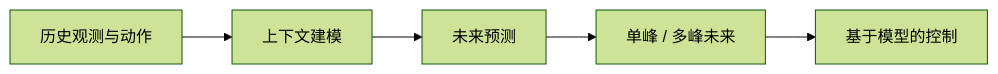
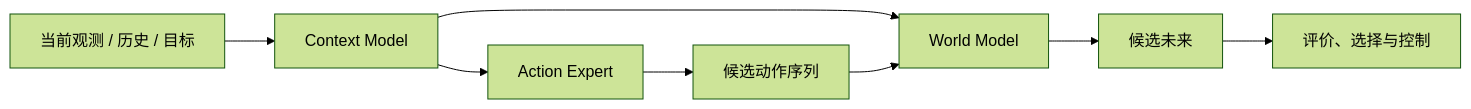
The diagram in docs/intermediate/index.md (qi-robotics/robot-world-model-tutorial), drawn with Mermaid (forest theme) before and after one commit. The commit also changed other lines of this file and 61 other files, not shown here.

````diff
--- a/docs/intermediate/index.md
+++ b/docs/intermediate/index.md
@@ -17,7 +18,10 @@
 ```mermaid
 flowchart LR
-    H["历史观测与动作"] --> C["上下文建模"]
-    C --> P["未来预测"]
-    P --> U["单峰 / 多峰未来"]
-    U --> Ctrl["基于模型的控制"]
+    H["当前观测 / 历史 / 目标"] --> C["Context Model"]
+    C --> A["Action Expert"]
+    A --> P["候选动作序列"]
+    C --> W["World Model"]
+    P --> W
+    W --> F["候选未来"]
+    F --> Ctrl["评价、选择与控制"]
 ```
````
